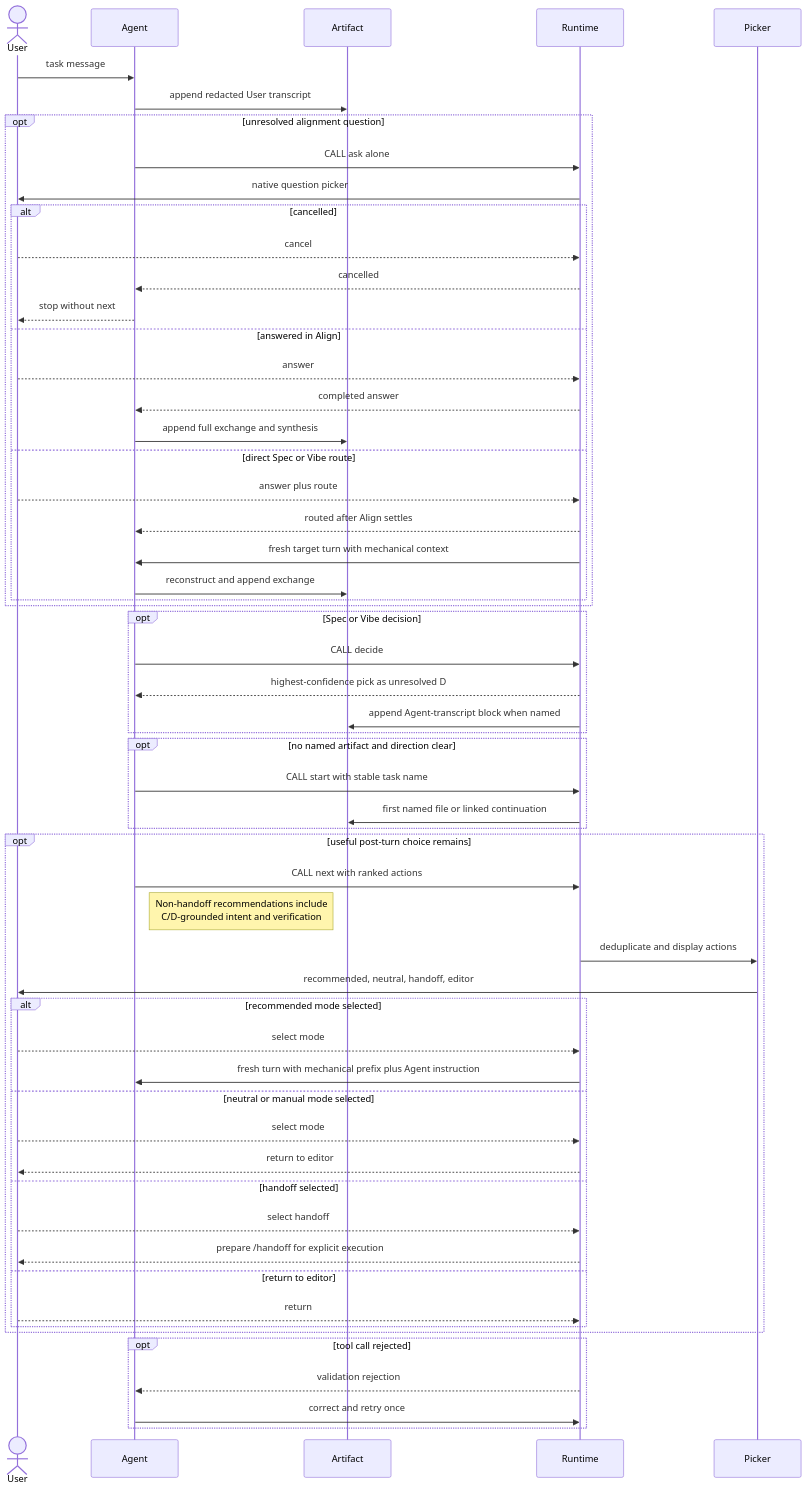
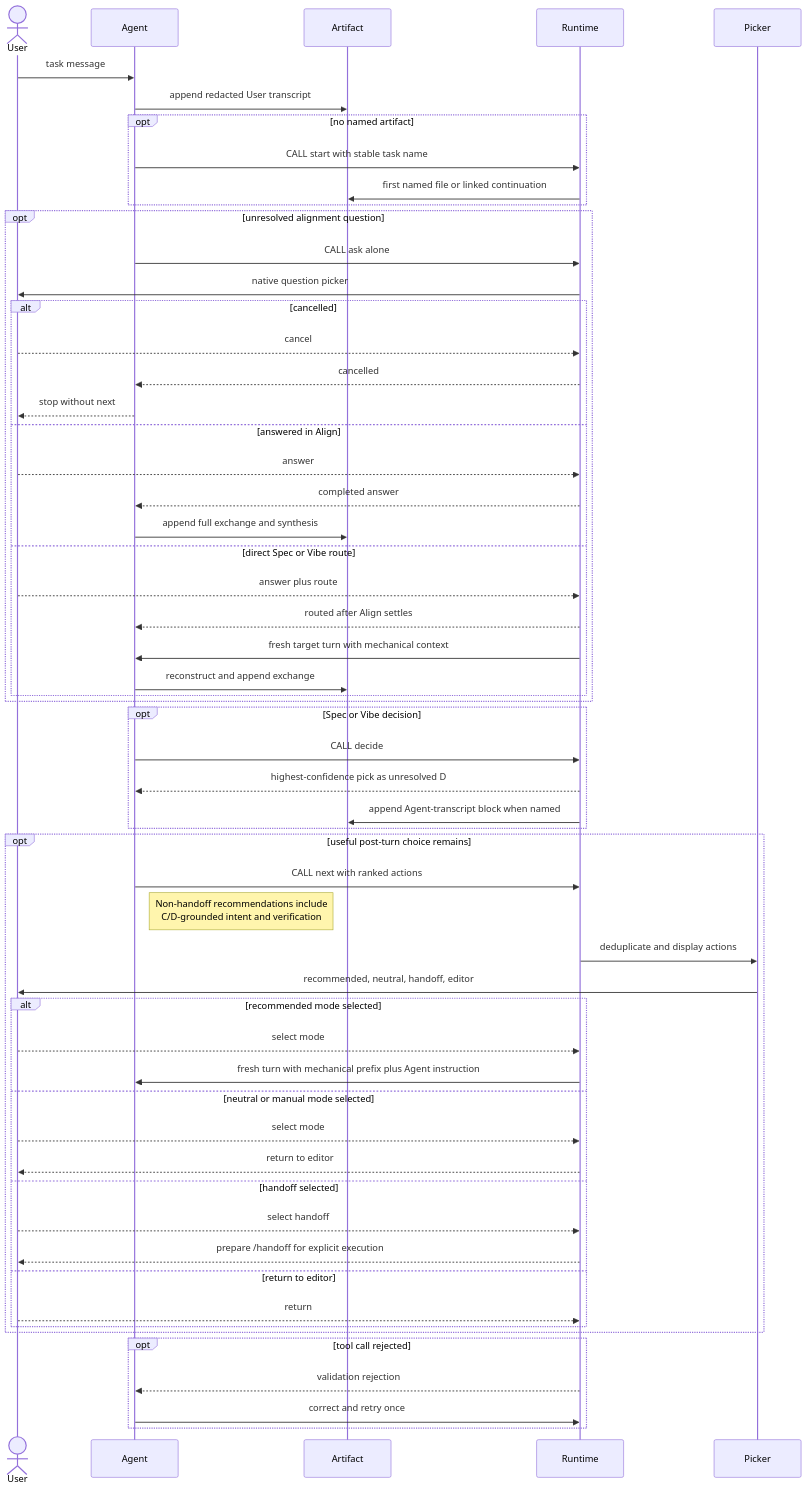
One commit to dhumdil-apps/pi-director changed the tenth of 12 diagrams in docs/AGENT-WORKFLOW-DIAGRAMS.md. Above: the diagram before and after it, drawn with Mermaid. The commit also changed other lines of this file and 21 other files, not shown here.

````diff
--- a/docs/AGENT-WORKFLOW-DIAGRAMS.md
+++ b/docs/AGENT-WORKFLOW-DIAGRAMS.md
@@ -282,65 +282,65 @@
 ```mermaid
 sequenceDiagram
     actor User
     participant Agent
     participant Artifact
     participant Runtime
     participant Picker
 
     User->>Agent: task message
     Agent->>Artifact: append redacted User transcript
+
+    opt no named artifact
+        Agent->>Runtime: CALL start with stable task name
+        Runtime->>Artifact: first named file or linked continuation
+    end
 
     opt unresolved alignment question
         Agent->>Runtime: CALL ask alone
         Runtime->>User: native question picker
         alt cancelled
             User-->>Runtime: cancel
             Runtime-->>Agent: cancelled
             Agent-->>User: stop without next
         else answered in Align
             User-->>Runtime: answer
             Runtime-->>Agent: completed answer
             Agent->>Artifact: append full exchange and synthesis
         else direct Spec or Vibe route
             User-->>Runtime: answer plus route
             Runtime-->>Agent: routed after Align settles
             Runtime->>Agent: fresh target turn with mechanical context
             Agent->>Artifact: reconstruct and append exchange
         end
     end
 
     opt Spec or Vibe decision
         Agent->>Runtime: CALL decide
         Runtime-->>Agent: highest-confidence pick as unresolved D
         Runtime->>Artifact: append Agent-transcript block when named
     end
 
-    opt no named artifact and direction clear
-        Agent->>Runtime: CALL start with stable task name
-        Runtime->>Artifact: first named file or linked continuation
-    end
-
     opt useful post-turn choice remains
         Agent->>Runtime: CALL next with ranked actions
         Note right of Agent: Non-handoff recommendations include<br/>C/D-grounded intent and verification
         Runtime->>Picker: deduplicate and display actions
         Picker->>User: recommended, neutral, handoff, editor
         alt recommended mode selected
             User-->>Runtime: select mode
             Runtime->>Agent: fresh turn with mechanical prefix plus Agent instruction
         else neutral or manual mode selected
             User-->>Runtime: select mode
             Runtime-->>User: return to editor
         else handoff selected
             User-->>Runtime: select handoff
             Runtime-->>User: prepare /handoff for explicit execution
         else return to editor
             User-->>Runtime: return
         end
     end
 
     opt tool call rejected
         Runtime-->>Agent: validation rejection
         Agent->>Runtime: correct and retry once
     end
 ```
````
